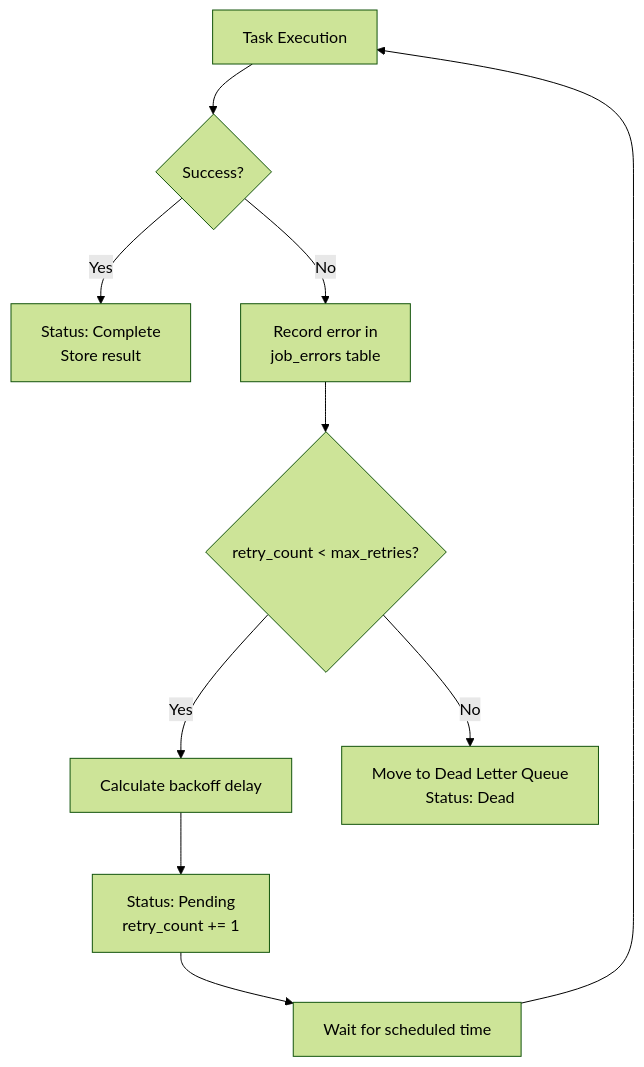
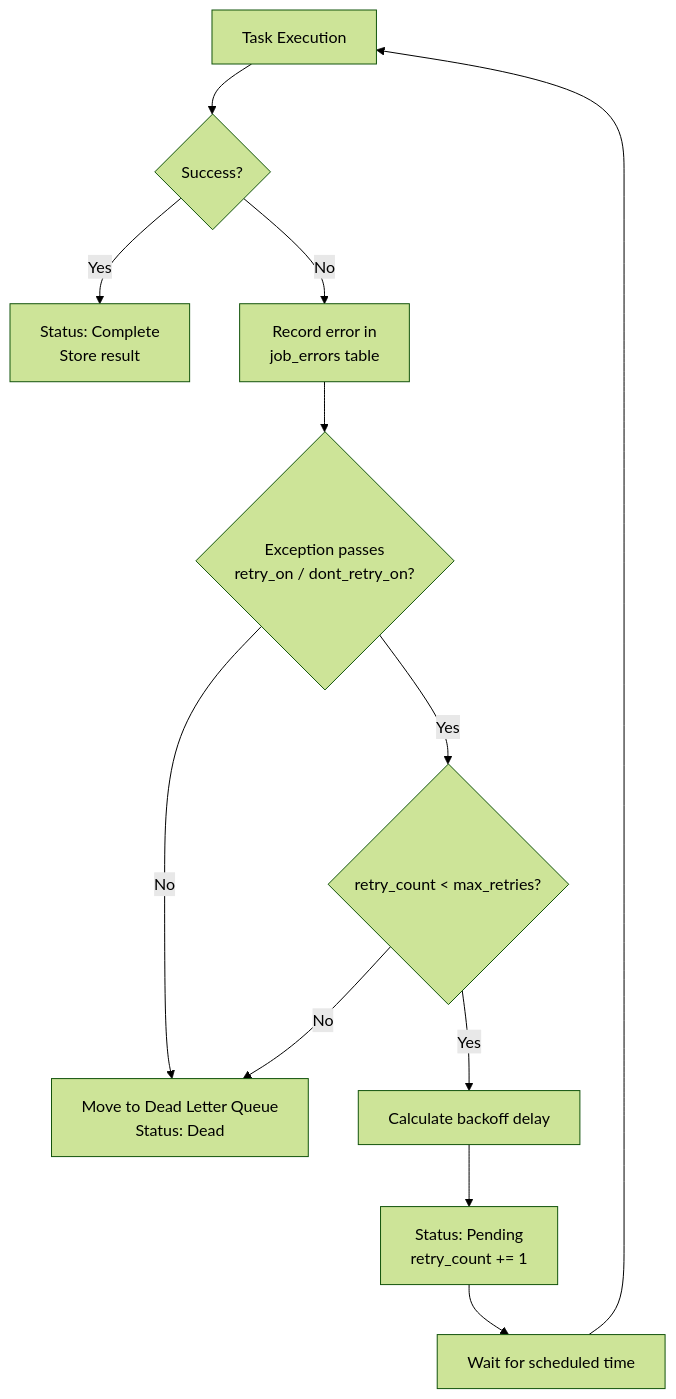
The diagram in docs/guide/retries.md (ByteVeda/taskito), drawn with Mermaid (forest theme) before and after one commit. The commit also changed other lines of this file and 73 other files, not shown here.

````diff
--- a/docs/guide/retries.md
+++ b/docs/guide/retries.md
@@ -44,12 +70,14 @@
 ```mermaid
 flowchart TD
     A["Task Execution"] --> B{Success?}
     B -->|Yes| C["Status: Complete<br/>Store result"]
     B -->|No| D["Record error in<br/>job_errors table"]
-    D --> E{"retry_count < max_retries?"}
+    D --> SR{"Exception passes<br/>retry_on / dont_retry_on?"}
+    SR -->|No| I["Move to Dead Letter Queue<br/>Status: Dead"]
+    SR -->|Yes| E{"retry_count < max_retries?"}
     E -->|Yes| F["Calculate backoff delay"]
     F --> G["Status: Pending<br/>retry_count += 1"]
     G --> H["Wait for scheduled time"]
     H --> A
-    E -->|No| I["Move to Dead Letter Queue<br/>Status: Dead"]
+    E -->|No| I
 ```
````
